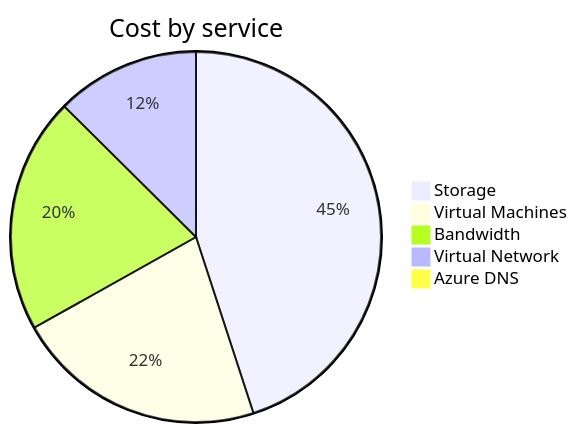
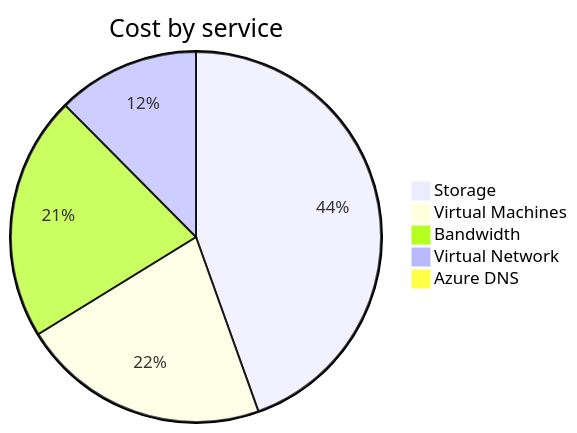
One commit to jpfulton/azure-personal-reports changed the second of 4 diagrams in cost-reports/personal-network/README.md. Above: the diagram before and after it, drawn with Mermaid. The commit also changed other lines of this file and 8 other files, not shown here.

````diff
--- a/cost-reports/personal-network/README.md
+++ b/cost-reports/personal-network/README.md
@@ -99,9 +99,9 @@
 ```mermaid
 pie
    title Cost by service
-   "Storage" : 18.87
-   "Virtual Machines" : 9.18
-   "Bandwidth" : 8.63
-   "Virtual Network" : 5.27
-   "Azure DNS" : 0.35
+   "Storage" : 19.69
+   "Virtual Machines" : 9.59
+   "Bandwidth" : 9.44
+   "Virtual Network" : 5.50
+   "Azure DNS" : 0.37
 ```
````
